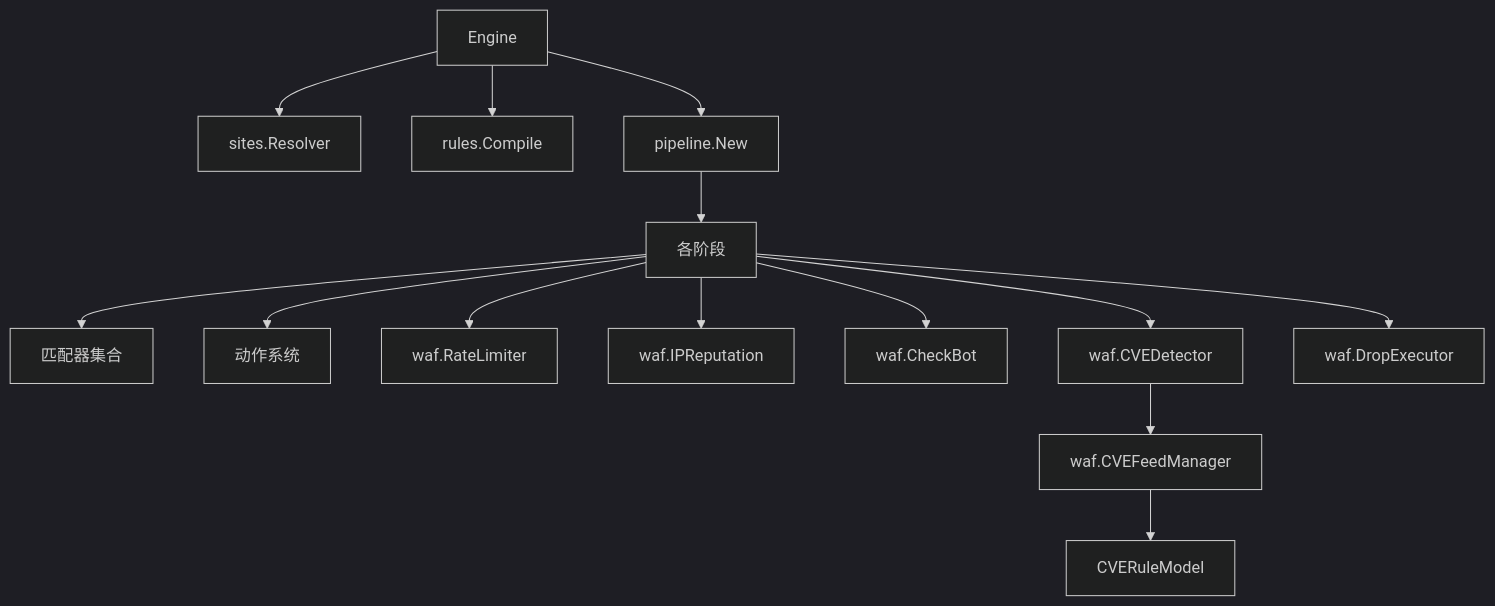
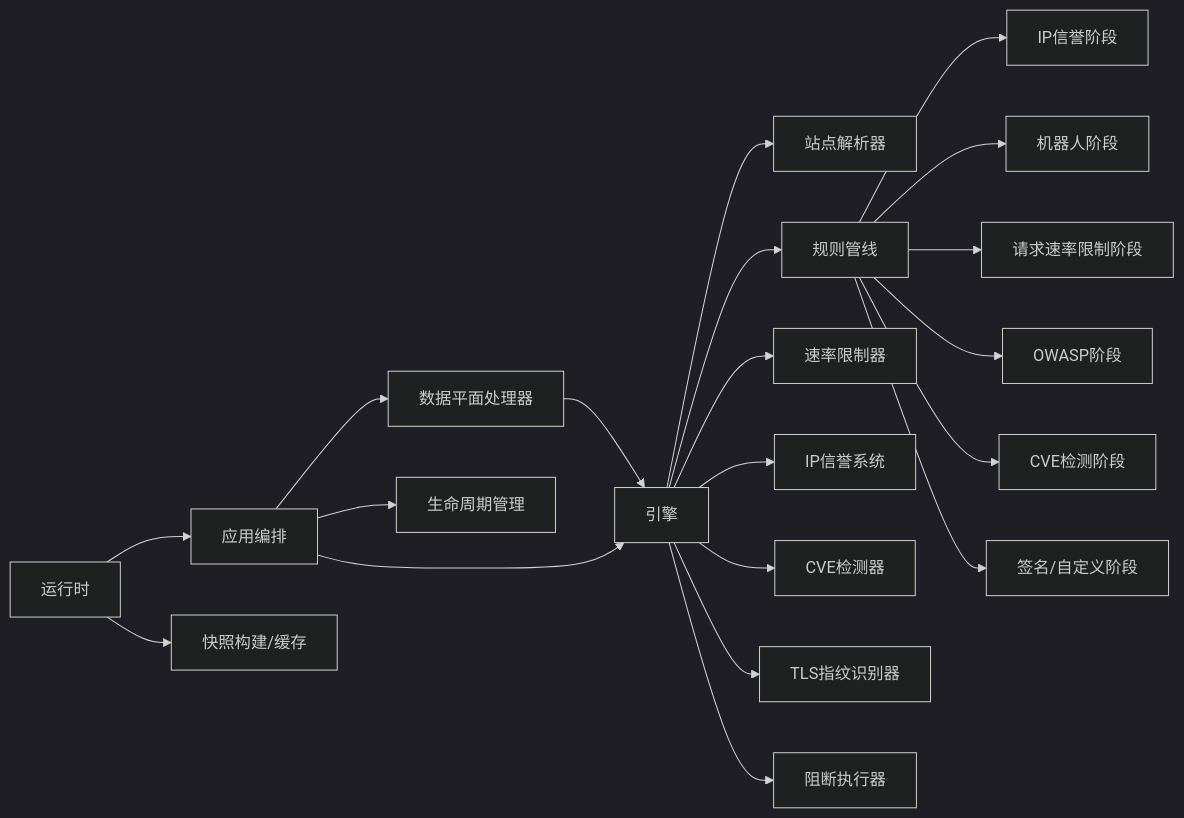
Before and after one commit to x01n/My-OpenWaf: diagram 12 of 12 in docs/WAF 引擎系统/WAF 引擎系统.md, drawn with Mermaid (dark theme). The commit also changed other lines of this file and 199 other files, not shown here.

````diff
--- a/docs/WAF 引擎系统/WAF 引擎系统.md
+++ b/docs/WAF 引擎系统/WAF 引擎系统.md
@@ -602,16 +586,22 @@
 ```mermaid
-graph TB
-Engine["Engine"] --> Resolver["sites.Resolver"]
-Engine --> Compiler["rules.Compile"]
-Engine --> Pipeline["pipeline.New"]
-Pipeline --> Phases["各阶段"]
-Phases --> Matcher["匹配器集合"]
-Phases --> Action["动作系统"]
-Phases --> RateLimit["waf.RateLimiter"]
-Phases --> IPRep["waf.IPReputation"]
-Phases --> Bot["waf.CheckBot"]
-Phases --> CVEDetector["waf.CVEDetector"]
-Phases --> DropExecutor["waf.DropExecutor"]
-CVEDetector --> CVEFeedManager["waf.CVEFeedManager"]
-CVEFeedManager --> CVERuleModel["CVERuleModel"]
+graph LR
+DP["数据平面处理器"] --> ENG["引擎"]
+ENG --> RES["站点解析器"]
+ENG --> PIPE["规则管线"]
+PIPE --> PH1["IP信誉阶段"]
+PIPE --> PH2["机器人阶段"]
+PIPE --> PH3["请求速率限制阶段"]
+PIPE --> PH4["OWASP阶段"]
+PIPE --> PH5["CVE检测阶段"]
+PIPE --> PH6["签名/自定义阶段"]
+ENG --> RL["速率限制器"]
+ENG --> IR["IP信誉系统"]
+ENG --> CVE["CVE检测器"]
+ENG --> FP["TLS指纹识别器"]
+ENG --> DE["阻断执行器"]
+APP["应用编排"] --> DP
+APP --> ENG
+APP --> LIFE["生命周期管理"]
+RUNTIME["运行时"] --> APP
+RUNTIME --> SNAP["快照构建/缓存"]
 ```
````
